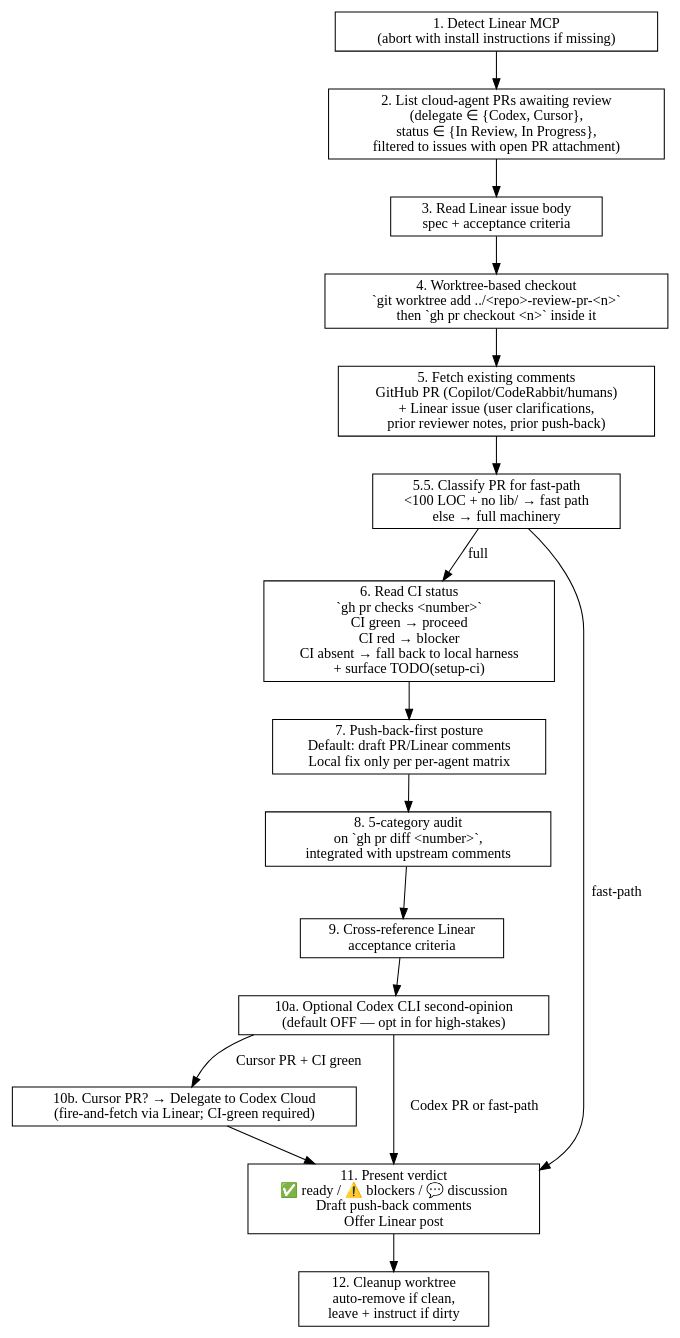
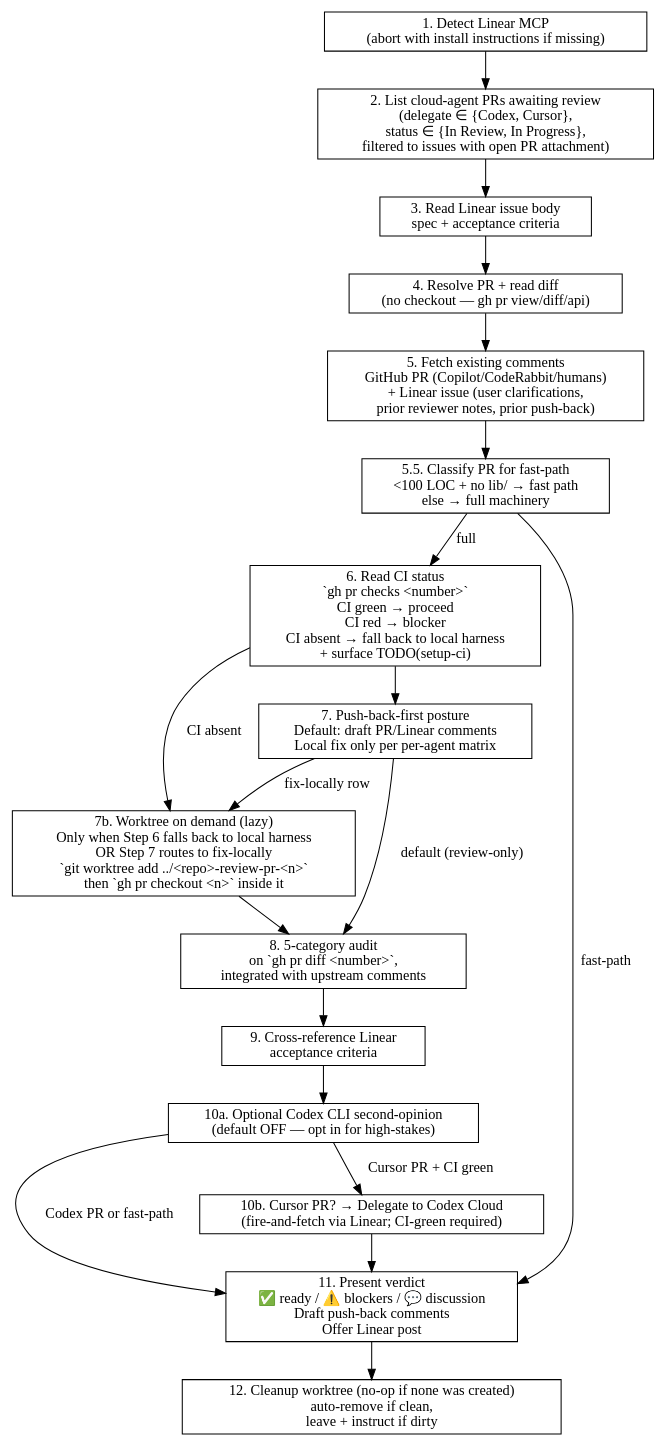
The diagram in plugins/staged-review/skills/commit-review/SKILL.md (ZenHive/claude-marketplace-elixir), drawn with Graphviz before and after one commit. The commit also changed other lines of this file and 10 other files, not shown here.

````diff
--- a/plugins/staged-review/skills/commit-review/SKILL.md
+++ b/plugins/staged-review/skills/commit-review/SKILL.md
@@ -61,30 +61,36 @@
 ```dot
 digraph commit_review {
   rankdir=TB;
   node [shape=box];
 
   detect    [label="1. Detect Linear MCP\n(abort with install instructions if missing)"];
   list      [label="2. List cloud-agent PRs awaiting review\n(delegate ∈ {Codex, Cursor},\nstatus ∈ {In Review, In Progress},\nfiltered to issues with open PR attachment)"];
   spec      [label="3. Read Linear issue body\nspec + acceptance criteria"];
-  checkout  [label="4. Worktree-based checkout\n`git worktree add ../<repo>-review-pr-<n>`\nthen `gh pr checkout <n>` inside it"];
+  resolve   [label="4. Resolve PR + read diff\n(no checkout — gh pr view/diff/api)"];
   comments  [label="5. Fetch existing comments\nGitHub PR (Copilot/CodeRabbit/humans)\n+ Linear issue (user clarifications,\nprior reviewer notes, prior push-back)"];
   classify  [label="5.5. Classify PR for fast-path\n<100 LOC + no lib/ → fast path\nelse → full machinery"];
   ci        [label="6. Read CI status\n`gh pr checks <number>`\nCI green → proceed\nCI red → blocker\nCI absent → fall back to local harness\n+ surface TODO(setup-ci)"];
   pushback  [label="7. Push-back-first posture\nDefault: draft PR/Linear comments\nLocal fix only per per-agent matrix"];
+  worktree  [label="7b. Worktree on demand (lazy)\nOnly when Step 6 falls back to local harness\nOR Step 7 routes to fix-locally\n`git worktree add ../<repo>-review-pr-<n>`\nthen `gh pr checkout <n>` inside it"];
   audit     [label="8. 5-category audit\non `gh pr diff <number>`,\nintegrated with upstream comments"];
   cross     [label="9. Cross-reference Linear\nacceptance criteria"];
   codex     [label="10a. Optional Codex CLI second-opinion\n(default OFF — opt in for high-stakes)"];
   delegate  [label="10b. Cursor PR? → Delegate to Codex Cloud\n(fire-and-fetch via Linear; CI-green required)"];
   verdict   [label="11. Present verdict\n✅ ready / ⚠️ blockers / 💬 discussion\nDraft push-back comments\nOffer Linear post"];
-  cleanup   [label="12. Cleanup worktree\nauto-remove if clean,\nleave + instruct if dirty"];
+  cleanup   [label="12. Cleanup worktree (no-op if none was created)\nauto-remove if clean,\nleave + instruct if dirty"];
 
-  detect -> list -> spec -> checkout -> comments -> classify;
+  detect -> list -> spec -> resolve -> comments -> classify;
   classify -> ci [label="full"];
   classify -> verdict [label="fast-path"];
-  ci -> pushback -> audit -> cross -> codex;
+  ci -> pushback;
+  ci -> worktree [label="CI absent"];
+  pushback -> worktree [label="fix-locally row"];
+  pushback -> audit [label="default (review-only)"];
+  worktree -> audit;
+  audit -> cross -> codex;
   codex -> delegate [label="Cursor PR + CI green"];
   codex -> verdict  [label="Codex PR or fast-path"];
   delegate -> verdict;
   verdict -> cleanup;
 }
 ```
````
